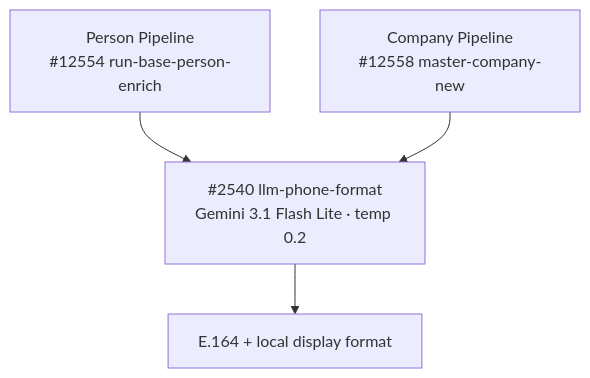
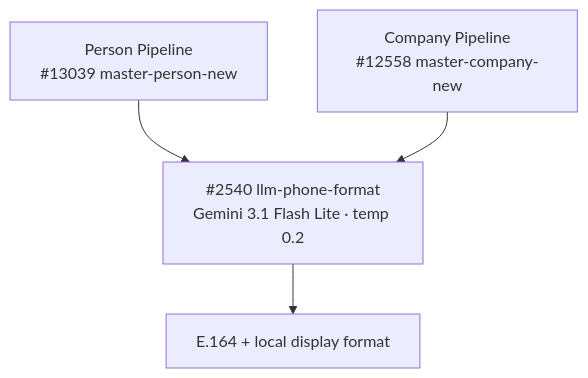
Before and after one commit to M-Pederson/docs: the diagram in guides/enrichment/general/model-summary.mdx, drawn with Mermaid. The commit also changed other lines of this file and 2 other files, not shown here.

````diff
--- a/guides/enrichment/general/model-summary.mdx
+++ b/guides/enrichment/general/model-summary.mdx
@@ -28,6 +28,6 @@
 ```mermaid
 graph TD
-    A["Person Pipeline<br/>#12554 run-base-person-enrich"] --> C["#2540 llm-phone-format<br/>Gemini 3.1 Flash Lite · temp 0.2"]
+    A["Person Pipeline<br/>#13039 master-person-new"] --> C["#2540 llm-phone-format<br/>Gemini 3.1 Flash Lite · temp 0.2"]
     B["Company Pipeline<br/>#12558 master-company-new"] --> C
     C --> D["E.164 + local display format"]
 ```
````
